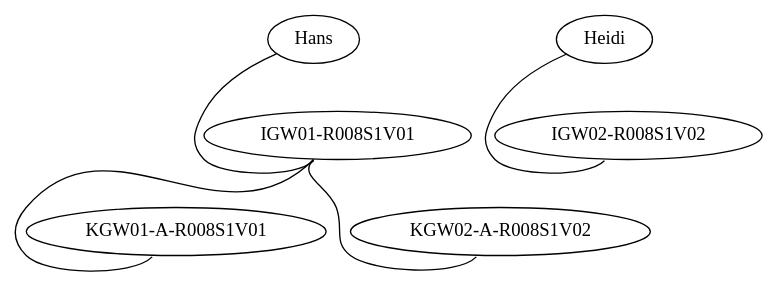
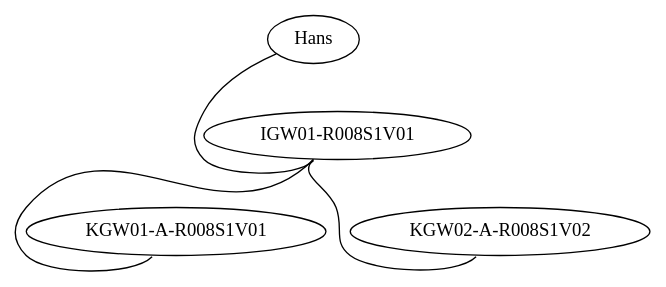
The diagram in inventory/files/topology.dot (laquiante/HB), drawn with Graphviz before and after one commit.

```diff
--- a/inventory/files/topology.dot
+++ b/inventory/files/topology.dot
@@ -1,9 +1,8 @@
 graph "ALQ" {
 
-  "Hans":"eth1" -- "IGW01-R008S1V01":"swp1" 
- "Heidi":"eth1" -- "IGW02-R008S1V02":"swp1" 
+  "Hans":"eth1" -- "IGW01-R008S1V01":"swp1"  
  
  "IGW01-R008S1V01":"swp31" -- "KGW01-A-R008S1V01":"swp1"
  "IGW01-R008S1V01":"swp32" -- "KGW02-A-R008S1V02":"swp1"
 
 }
```
